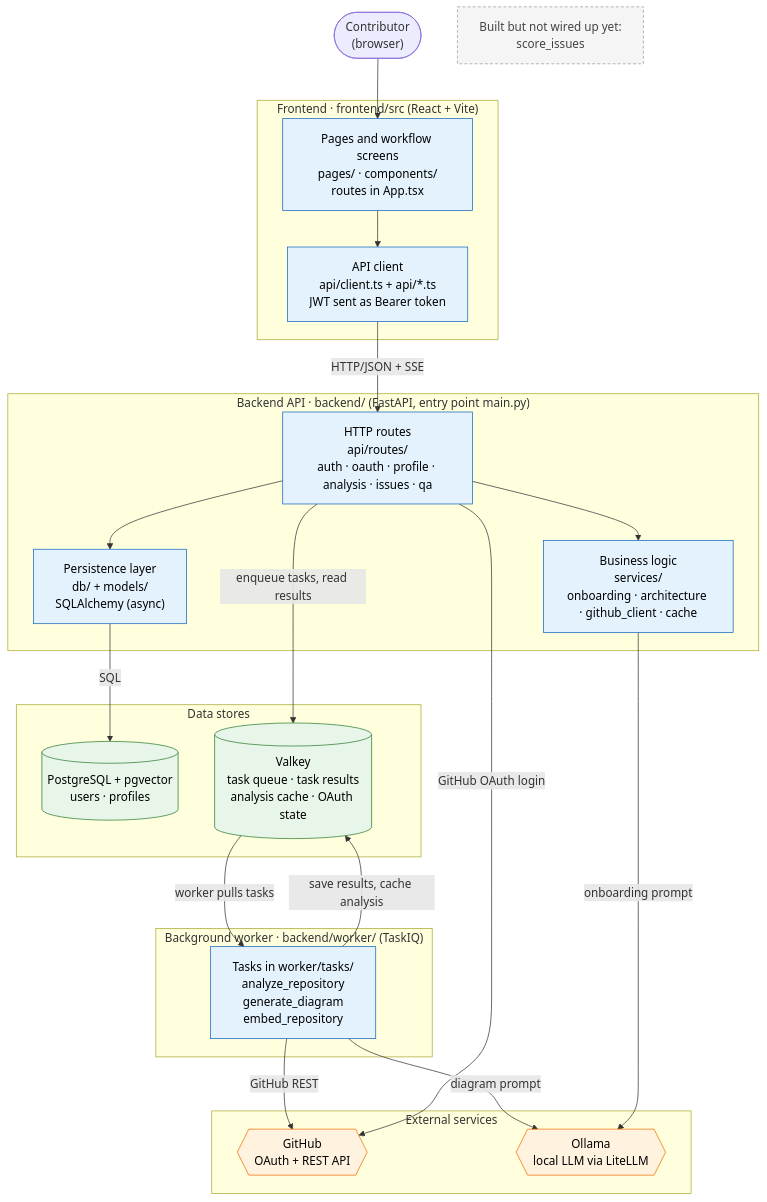
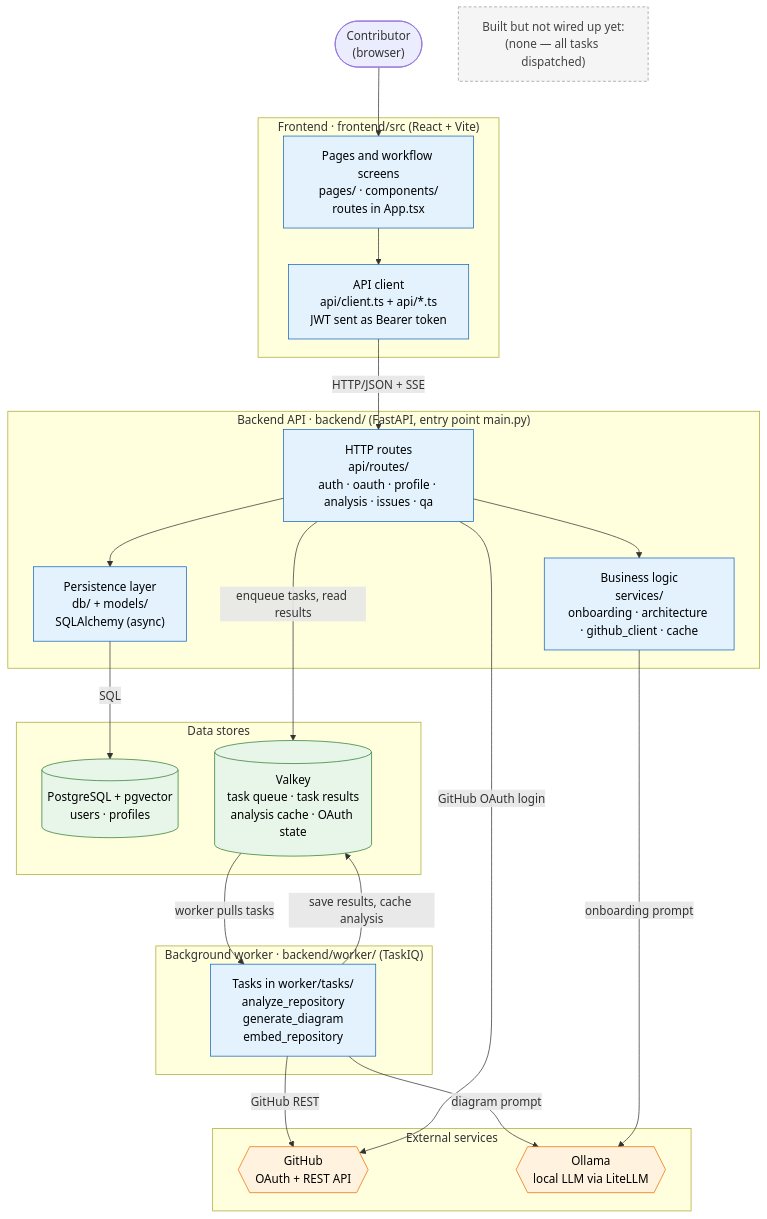
Before and after one commit to zqf20096327/dbhub_collect: the diagram in data/readmes/nooriegarg__ContribIQ.md, drawn with Mermaid. The commit also changed other lines of this file and 701 other files, not shown here.

````diff
--- a/data/readmes/nooriegarg__ContribIQ.md
+++ b/data/readmes/nooriegarg__ContribIQ.md
@@ -52,54 +52,54 @@
 ```mermaid
 flowchart TB
     user(["Contributor<br/>(browser)"])
 
     subgraph FE["Frontend · frontend/src (React + Vite)"]
         pages["Pages and workflow screens<br/>pages/ · components/<br/>routes in App.tsx"]
         client["API client<br/>api/client.ts + api/*.ts<br/>JWT sent as Bearer token"]
     end
 
     subgraph BE["Backend API · backend/ (FastAPI, entry point main.py)"]
         routes["HTTP routes<br/>api/routes/<br/>auth · oauth · profile · analysis · issues · qa"]
         services["Business logic<br/>services/<br/>onboarding · architecture · github_client · cache"]
         dbl["Persistence layer<br/>db/ + models/<br/>SQLAlchemy (async)"]
     end
 
     subgraph WK["Background worker · backend/worker/ (TaskIQ)"]
         tasks["Tasks in worker/tasks/<br/>analyze_repository<br/>generate_diagram<br/>embed_repository"]
     end
 
     subgraph DATA["Data stores"]
         pg[("PostgreSQL + pgvector<br/>users · profiles")]
         vk[("Valkey<br/>task queue · task results<br/>analysis cache · OAuth state")]
     end
 
     subgraph EXT["External services"]
         gh{{"GitHub<br/>OAuth + REST API"}}
         ol{{"Ollama<br/>local LLM via LiteLLM"}}
     end
 
-    unwired["Built but not wired up yet:<br/>score_issues"]
+    unwired["Built but not wired up yet:<br/>(none — all tasks dispatched)"]
 
     user --> pages
     pages --> client
     client -->|"HTTP/JSON + SSE"| routes
     routes --> services
     routes --> dbl
     dbl -->|"SQL"| pg
     routes -->|"enqueue tasks, read results"| vk
     vk -->|"worker pulls tasks"| tasks
     tasks -->|"save results, cache analysis"| vk
     tasks -->|"GitHub REST"| gh
     tasks -->|"diagram prompt"| ol
     routes -->|"GitHub OAuth login"| gh
     services -->|"onboarding prompt"| ol
 
     classDef app fill:#e3f2fd,stroke:#1565c0,color:#000
     classDef store fill:#e8f5e9,stroke:#2e7d32,color:#000
     classDef ext fill:#fff3e0,stroke:#ef6c00,color:#000
     classDef note fill:#f5f5f5,stroke:#999,stroke-dasharray:4 3,color:#444
     class pages,client,routes,services,dbl,tasks app
     class pg,vk store
     class gh,ol ext
     class unwired note
 ```
````
